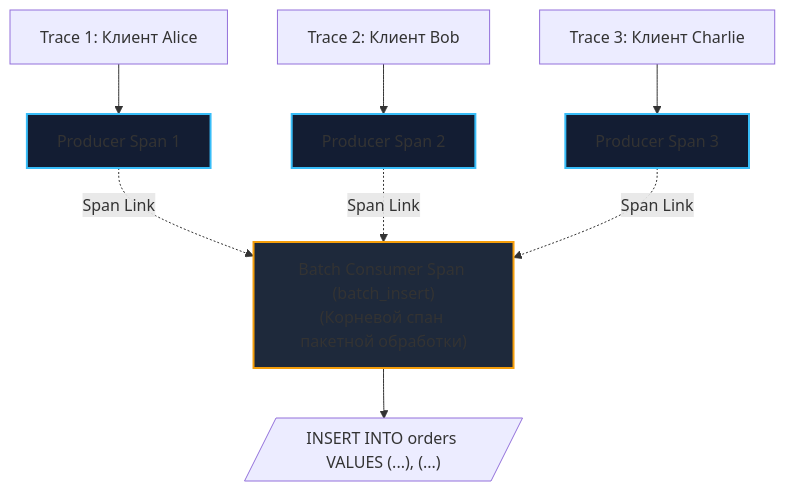
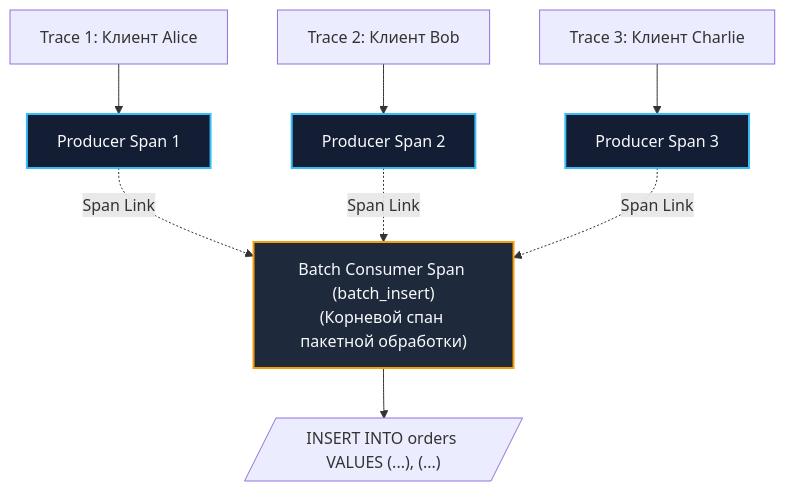
One commit to UnrealTemplier/go-textbook changed the second of 2 diagrams in sources/13. Очереди, брокеры сообщений и оркестраторы/05. Паттерны и архитектура/10. Distributed tracing в async системах.md. Above: the diagram before and after it, drawn with Mermaid. The commit also changed other lines of this file and 310 other files, not shown here.

First line of the commit message:
fix(mermaid): replace light fill colors with dark palette for readability on dark theme

````diff
--- a/sources/13. Очереди, брокеры сообщений и оркестраторы/05. Паттерны и архитектура/10. Distributed tracing в async системах.md
+++ b/sources/13. Очереди, брокеры сообщений и оркестраторы/05. Паттерны и архитектура/10. Distributed tracing в async системах.md
@@ -266,17 +266,17 @@
 ```mermaid
 flowchart TD
     T1["Trace 1: Клиент Alice"] --> S1["Producer Span 1"]
     T2["Trace 2: Клиент Bob"] --> S2["Producer Span 2"]
     T3["Trace 3: Клиент Charlie"] --> S3["Producer Span 3"]
 
     S1 -.->|"Span Link"| BatchSpan["Batch Consumer Span (batch_insert)<br>(Корневой спан пакетной обработки)"]
     S2 -.->|"Span Link"| BatchSpan
     S3 -.->|"Span Link"| BatchSpan
 
     BatchSpan --> DB[/"INSERT INTO orders VALUES (...), (...)"/]
 
-    style BatchSpan fill:#1e293b,stroke:#f59e0b,stroke-width:2px
-    style S1 fill:#131d33,stroke:#38bdf8,stroke-width:2px
-    style S2 fill:#131d33,stroke:#38bdf8,stroke-width:2px
-    style S3 fill:#131d33,stroke:#38bdf8,stroke-width:2px
+    style BatchSpan fill:#1e293b,stroke:#f59e0b,stroke-width:2px,color:#f8fafc
+    style S1 fill:#131d33,stroke:#38bdf8,stroke-width:2px,color:#f8fafc
+    style S2 fill:#131d33,stroke:#38bdf8,stroke-width:2px,color:#f8fafc
+    style S3 fill:#131d33,stroke:#38bdf8,stroke-width:2px,color:#f8fafc
 ```
````
